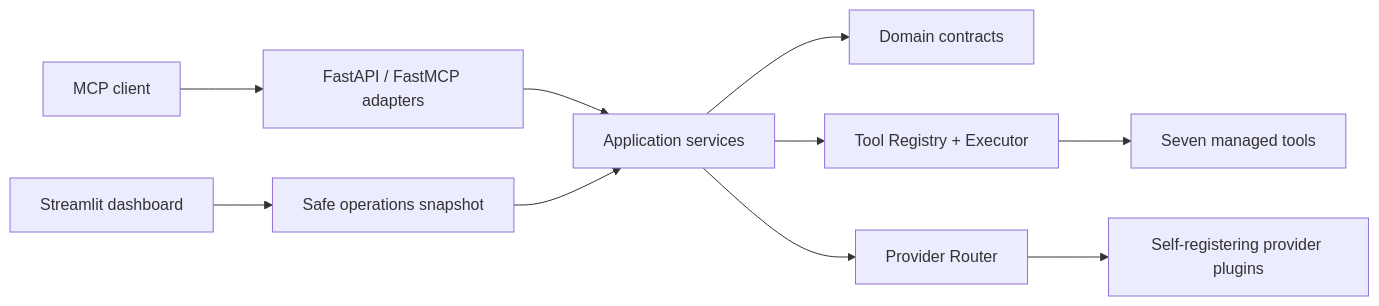
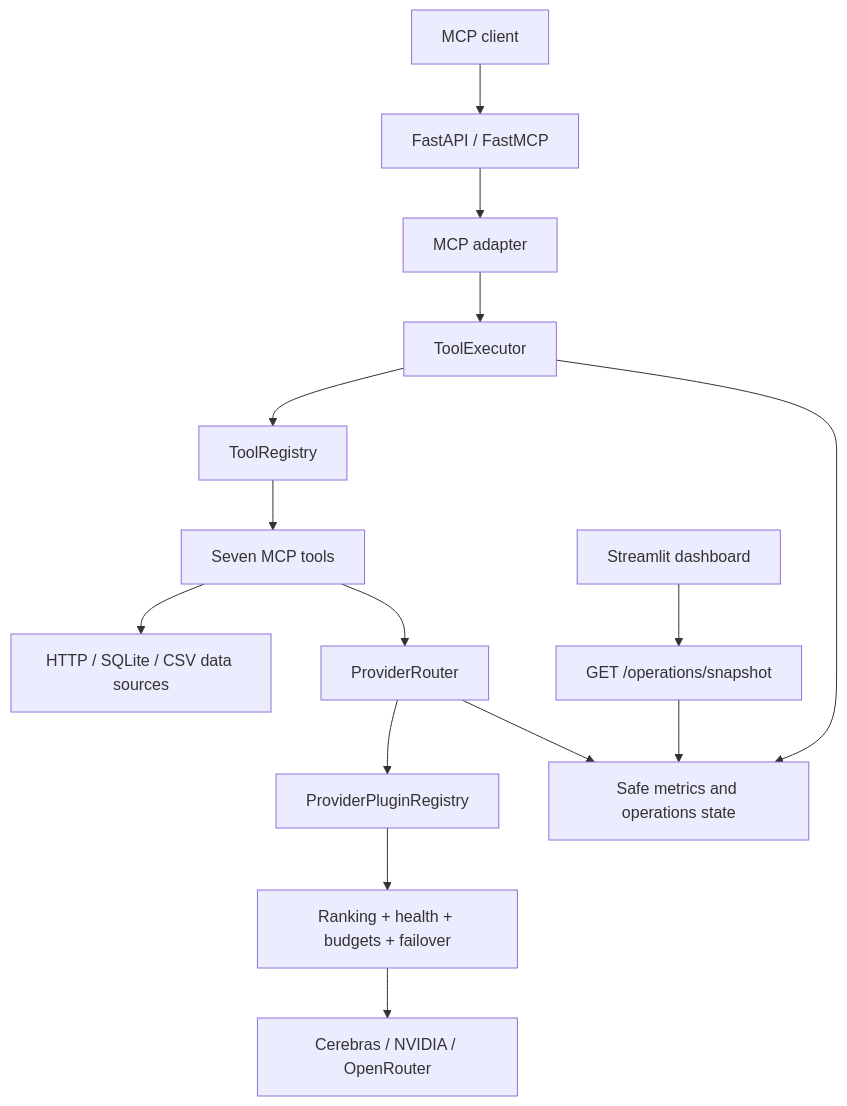
One commit to LeelaissakAttota/ToolBridge-MCP-Server changed the diagram in README.md. Above: the diagram before and after it, drawn with Mermaid. The commit also changed other lines of this file and 12 other files, not shown here.

````diff
--- a/README.md
+++ b/README.md
@@ -23,12 +29,19 @@
 ```mermaid
-flowchart LR
-    C["MCP client"] --> F["FastAPI / FastMCP adapters"]
-    F --> A["Application services"]
-    A --> D["Domain contracts"]
-    A --> R["Tool Registry + Executor"]
-    A --> P["Provider Router"]
-    R --> T["Seven managed tools"]
-    P --> L["Self-registering provider plugins"]
-    O["Streamlit dashboard"] --> S["Safe operations snapshot"]
-    S --> A
+flowchart TB
+    Client["MCP client"] --> API["FastAPI / FastMCP"]
+    API --> MCP["MCP adapter"]
+    MCP --> Executor["ToolExecutor"]
+    Executor --> Registry["ToolRegistry"]
+    Registry --> Tools["Seven MCP tools"]
+
+    Tools --> Data["HTTP / SQLite / CSV data sources"]
+    Tools --> Router["ProviderRouter"]
+    Router --> Plugins["ProviderPluginRegistry"]
+    Plugins --> Policy["Ranking + health + budgets + failover"]
+    Policy --> Providers["Cerebras / NVIDIA / OpenRouter"]
+
+    Executor --> Operations["Safe metrics and operations state"]
+    Router --> Operations
+    Dashboard["Streamlit dashboard"] --> Snapshot["GET /operations/snapshot"]
+    Snapshot --> Operations
 ```
````
